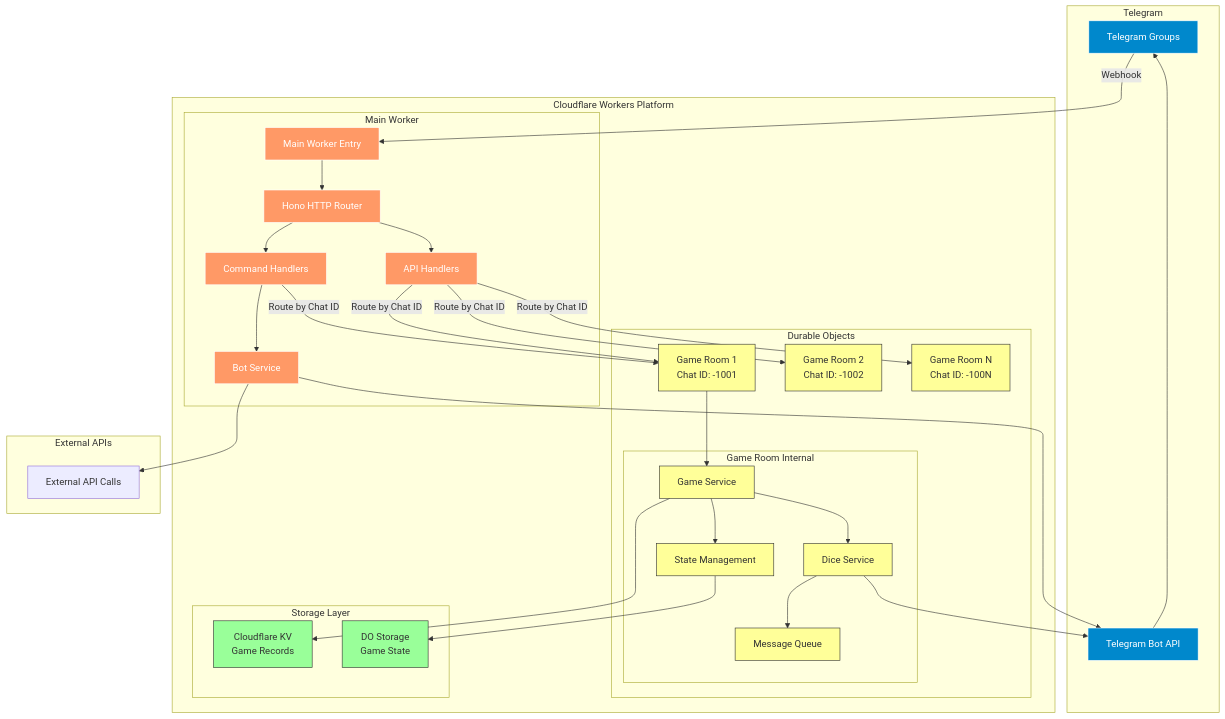
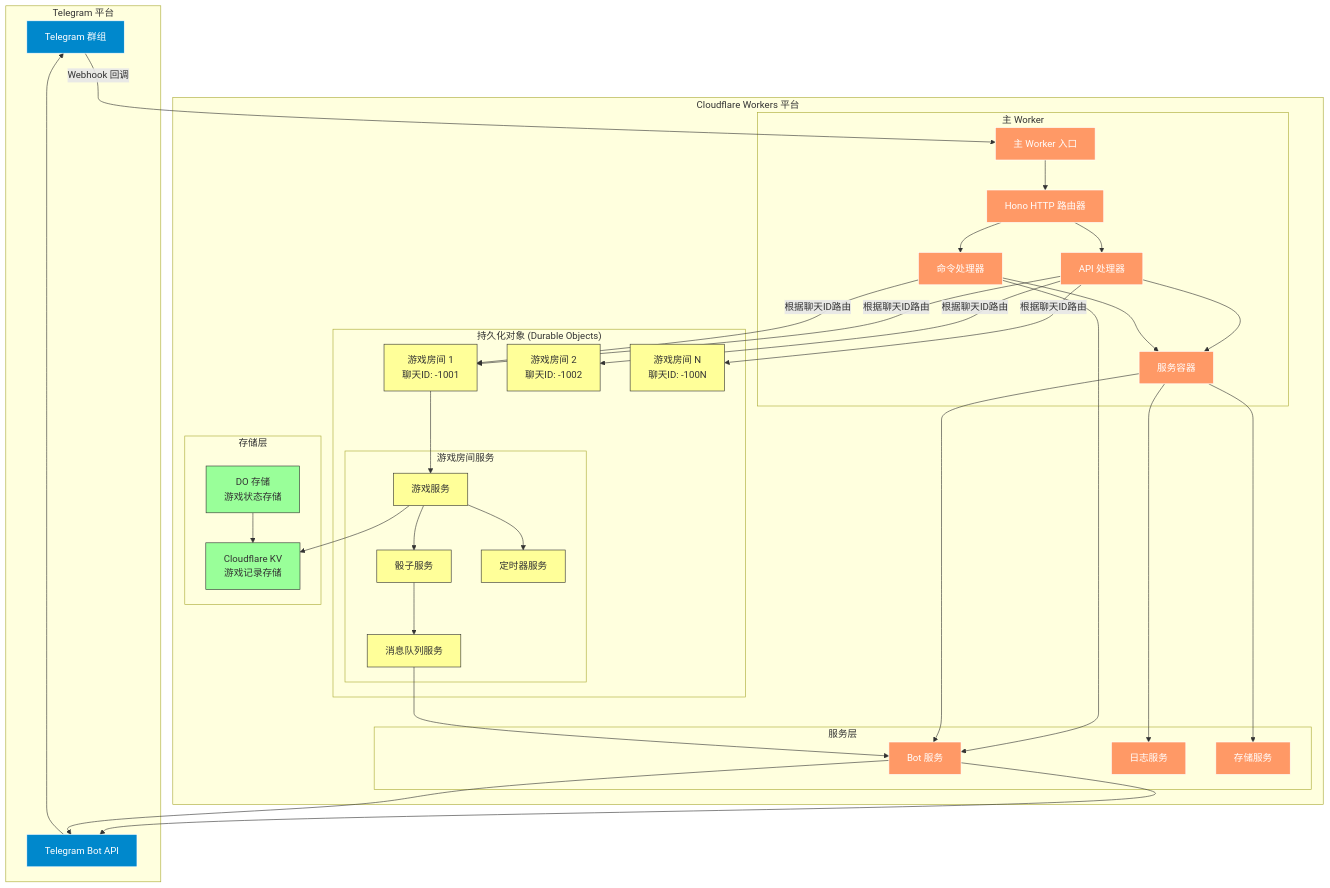
Before and after one commit to WuChenDi/bc-services: the first of 3 diagrams in README.md, drawn with Mermaid. The commit also changed other lines of this file, not shown here.

````diff
--- a/README.md
+++ b/README.md
@@ -57,44 +61,46 @@
 ```mermaid
 graph TB
-    subgraph "Telegram"
-        TG[Telegram Groups]
+    subgraph "Telegram 平台"
+        TG[Telegram 群组]
         TGAPI[Telegram Bot API]
     end
 
-    subgraph "Cloudflare Workers Platform"
-        subgraph "Main Worker"
-            MW[Main Worker Entry]
-            HONO[Hono HTTP Router]
-            API[API Handlers]
-            CMD[Command Handlers]
-            BOT[Bot Service]
+    subgraph "Cloudflare Workers 平台"
+        subgraph "主 Worker"
+            MW[主 Worker 入口]
+            HONO[Hono HTTP 路由器]
+            API[API 处理器]
+            CMD[命令处理器]
+            SC[服务容器]
         end
 
-        subgraph "Durable Objects"
-            DO1[Game Room 1<br/>Chat ID: -1001]
-            DO2[Game Room 2<br/>Chat ID: -1002]
-            DO3[Game Room N<br/>Chat ID: -100N]
+        subgraph "服务层"
+            BOT[Bot 服务]
+            LOGGER[日志服务]
+            STORAGE[存储服务]
+        end
+
+        subgraph "持久化对象 (Durable Objects)"
+            DO1[游戏房间 1<br/>聊天ID: -1001]
+            DO2[游戏房间 2<br/>聊天ID: -1002]
+            DO3[游戏房间 N<br/>聊天ID: -100N]
             
-            subgraph "Game Room Internal"
-                GS[Game Service]
-                DS[Dice Service]
-                MQ[Message Queue]
-                ST[State Management]
+            subgraph "游戏房间服务"
+                GS[游戏服务]
+                DS[骰子服务]
+                MQ[消息队列服务]
+                TS[定时器服务]
             end
         end
 
-        subgraph "Storage Layer"
-            KV[Cloudflare KV<br/>Game Records]
-            DOS[DO Storage<br/>Game State]
+        subgraph "存储层"
+            KV[Cloudflare KV<br/>游戏记录存储]
+            DOS[DO 存储<br/>游戏状态存储]
         end
     end
 
-    subgraph "External APIs"
-        EXT[External API Calls]
-    end
-
-    %% User interactions
-    TG -->|Webhook| MW
+    %% 用户交互流程
+    TG -->|Webhook 回调| MW
     MW --> HONO
     HONO --> API
     HONO --> CMD
@@ -102,34 +108,41 @@
     BOT --> TGAPI
     TGAPI --> TG
 
-    %% Game room routing
-    API -->|Route by Chat ID| DO1
-    API -->|Route by Chat ID| DO2
-    API -->|Route by Chat ID| DO3
-    CMD -->|Route by Chat ID| DO1
+    %% 服务容器连接
+    API --> SC
+    CMD --> SC
+    SC --> BOT
+    SC --> LOGGER
+    SC --> STORAGE
 
-    %% Game room internals
+    %% 游戏房间路由
+    API -->|根据聊天ID路由| DO1
+    API -->|根据聊天ID路由| DO2
+    API -->|根据聊天ID路由| DO3
+    CMD -->|根据聊天ID路由| DO1
+
+    %% 游戏房间内部连接
     DO1 --> GS
     GS --> DS
     DS --> MQ
-    GS --> ST
+    GS --> TS
+    MQ --> BOT
     
-    %% Storage connections
+    %% 存储连接
     GS --> KV
-    ST --> DOS
+    DOS --> KV
     
-    %% External connections
-    BOT --> EXT
-    DS --> TGAPI
+    %% 外部API连接
+    BOT --> TGAPI
 
-    %% Styling
+    %% 样式定义
     classDef telegram fill:#0088cc,stroke:#fff,color:#fff
     classDef worker fill:#f96,stroke:#fff,color:#fff
     classDef storage fill:#9f9,stroke:#333,color:#333
     classDef durable fill:#ff9,stroke:#333,color:#333
 
     class TG,TGAPI telegram
-    class MW,HONO,API,CMD,BOT worker
+    class MW,HONO,API,CMD,SC,BOT,LOGGER,STORAGE worker
     class KV,DOS storage
-    class DO1,DO2,DO3,GS,DS,MQ,ST durable
+    class DO1,DO2,DO3,GS,DS,MQ,TS durable
 ```
````
